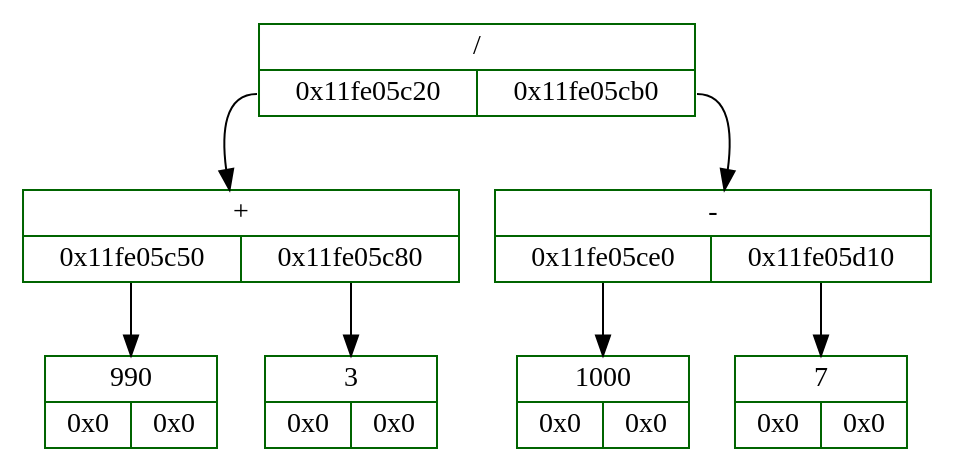
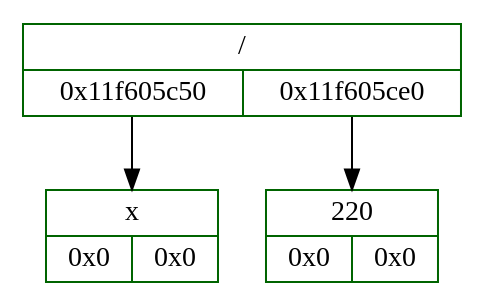
One commit to whiterno/differentiator changed the diagram in log/dump.dot. Above: the diagram before and after it, drawn with Graphviz. The commit also changed 15 other files, not shown here.

```diff
--- a/log/dump.dot
+++ b/log/dump.dot
@@ -1,17 +1,9 @@
 digraph D{
 	rankdir = TB
 
-	node_4829765376 [color = "darkgreen", style = "filled", shape = "record", fillcolor = "white", label = "{ /  | {<fl4829765376> 0x11fe05c20 | <fr4829765376> 0x11fe05cb0}}"]
-	node_4829765376: <fl4829765376> -> node_4829764640 [color = "black", arrowhead = "normal", label = ""]
-	node_4829764640 [color = "darkgreen", style = "filled", shape = "record", fillcolor = "white", label = "{ +  | {<fl4829764640> 0x11fe05c50 | <fr4829764640> 0x11fe05c80}}"]
-	node_4829764640: <fl4829764640> -> node_4829764688 [color = "black", arrowhead = "normal", label = ""]
-	node_4829764688 [color = "darkgreen", style = "filled", shape = "record", fillcolor = "white", label = "{990  | {<fl4829764688> 0x0 | <fr4829764688> 0x0}}"]
-	node_4829764640: <fr4829764640> -> node_4829764736 [color = "black", arrowhead = "normal", label = ""]
-	node_4829764736 [color = "darkgreen", style = "filled", shape = "record", fillcolor = "white", label = "{3  | {<fl4829764736> 0x0 | <fr4829764736> 0x0}}"]
-	node_4829765376: <fr4829765376> -> node_4829764784 [color = "black", arrowhead = "normal", label = ""]
-	node_4829764784 [color = "darkgreen", style = "filled", shape = "record", fillcolor = "white", label = "{ -  | {<fl4829764784> 0x11fe05ce0 | <fr4829764784> 0x11fe05d10}}"]
-	node_4829764784: <fl4829764784> -> node_4829764832 [color = "black", arrowhead = "normal", label = ""]
-	node_4829764832 [color = "darkgreen", style = "filled", shape = "record", fillcolor = "white", label = "{1000  | {<fl4829764832> 0x0 | <fr4829764832> 0x0}}"]
-	node_4829764784: <fr4829764784> -> node_4829764880 [color = "black", arrowhead = "normal", label = ""]
-	node_4829764880 [color = "darkgreen", style = "filled", shape = "record", fillcolor = "white", label = "{7  | {<fl4829764880> 0x0 | <fr4829764880> 0x0}}"]
+	node_4821376768 [color = "darkgreen", style = "filled", shape = "record", fillcolor = "white", label = "{ /  | {<fl4821376768> 0x11f605c50 | <fr4821376768> 0x11f605ce0}}"]
+	node_4821376768: <fl4821376768> -> node_4821376080 [color = "black", arrowhead = "normal", label = ""]
+	node_4821376080 [color = "darkgreen", style = "filled", shape = "record", fillcolor = "white", label = "{x  | {<fl4821376080> 0x0 | <fr4821376080> 0x0}}"]
+	node_4821376768: <fr4821376768> -> node_4821376224 [color = "black", arrowhead = "normal", label = ""]
+	node_4821376224 [color = "darkgreen", style = "filled", shape = "record", fillcolor = "white", label = "{220  | {<fl4821376224> 0x0 | <fr4821376224> 0x0}}"]
 }
```
